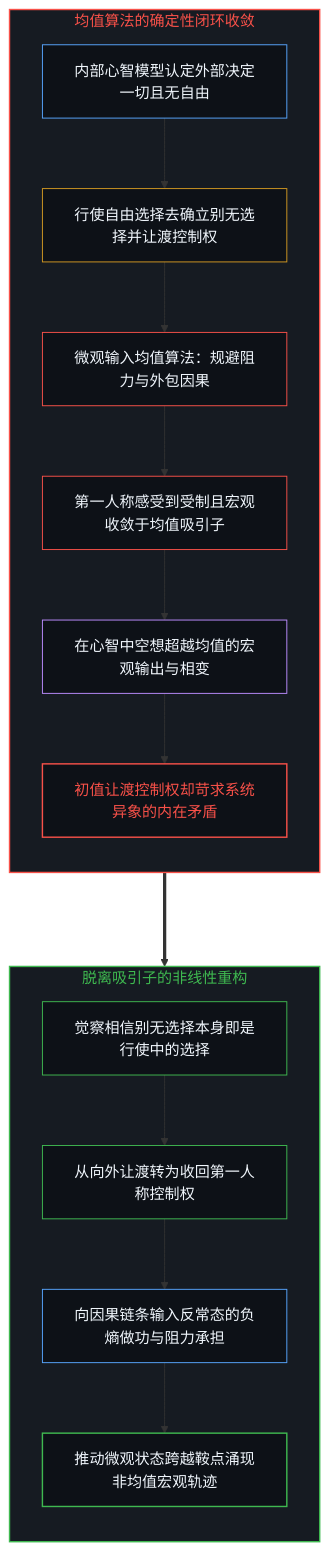
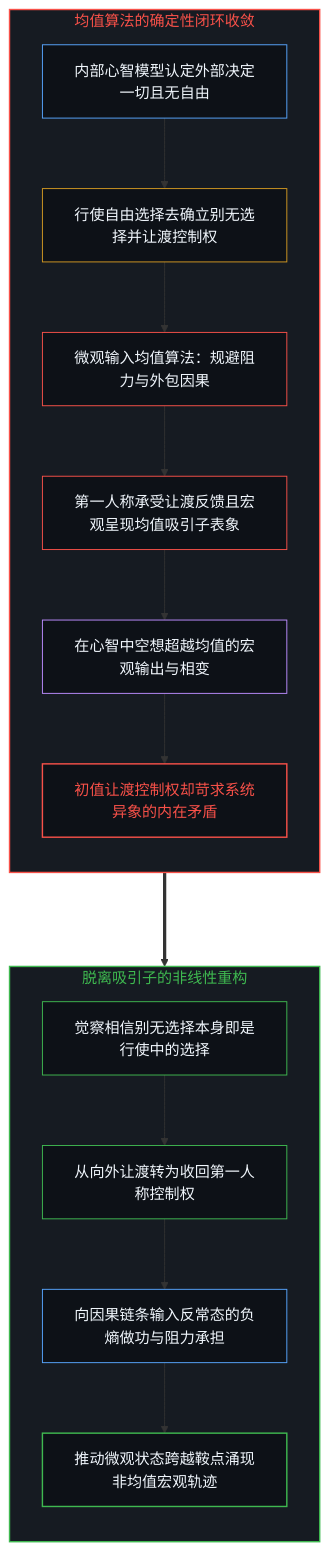
The third of 10 diagrams in content/posts/the-explanatory-trap-of-the-ordinary-perspective.md (powerpig99/not-a-toe), drawn with Mermaid before and after one commit. The commit also changed other lines of this file and 4 other files, not shown here.

````diff
--- a/content/posts/the-explanatory-trap-of-the-ordinary-perspective.md
+++ b/content/posts/the-explanatory-trap-of-the-ordinary-perspective.md
@@ -93,33 +93,33 @@
 ```mermaid
 graph TD
     subgraph S_MeanAttractor ["均值算法的确定性闭环收敛"]
         direction TB
         M_Model["内部心智模型认定外部决定一切且无自由"] --> M_Choice["行使自由选择去确立别无选择并让渡控制权"]
         M_Choice --> M_Input["微观输入均值算法：规避阻力与外包因果"]
-        M_Input --> M_Attractor["第一人称感受到受制且宏观收敛于均值吸引子"]
+        M_Input --> M_Attractor["第一人称承受让渡反馈且宏观呈现均值吸引子表象"]
         M_Attractor --> M_Desire["在心智中空想超越均值的宏观输出与相变"]
         M_Desire --> M_Conflict["初值让渡控制权却苛求系统异象的内在矛盾"]
     end
 
     subgraph S_DivergentEngine ["脱离吸引子的非线性重构"]
         direction TB
         D_Break["觉察相信别无选择本身即是行使中的选择"] --> D_Reclaim["从向外让渡转为收回第一人称控制权"]
         D_Reclaim --> D_Input["向因果链条输入反常态的负熵做功与阻力承担"]
         D_Input --> D_Emerge["推动微观状态跨越鞍点涌现非均值宏观轨迹"]
     end
 
     M_Conflict ===> D_Break
 
     style S_MeanAttractor fill:#161b22,stroke:#f85149,stroke-width:1.5px,color:#f85149
     style S_DivergentEngine fill:#161b22,stroke:#3fb950,stroke-width:1.5px,color:#3fb950
     style M_Model fill:#0d1117,stroke:#58a6ff,stroke-width:1px,color:#f0f6fc
     style M_Choice fill:#0d1117,stroke:#d29922,stroke-width:1px,color:#f0f6fc
     style M_Input fill:#0d1117,stroke:#f85149,stroke-width:1px,color:#f0f6fc
     style M_Attractor fill:#0d1117,stroke:#f85149,stroke-width:1px,color:#f0f6fc
     style M_Desire fill:#0d1117,stroke:#bc8cff,stroke-width:1px,color:#f0f6fc
     style M_Conflict fill:#0d1117,stroke:#f85149,stroke-width:1.5px,color:#f85149
     style D_Break fill:#0d1117,stroke:#3fb950,stroke-width:1px,color:#f0f6fc
     style D_Reclaim fill:#0d1117,stroke:#3fb950,stroke-width:1px,color:#f0f6fc
     style D_Input fill:#0d1117,stroke:#58a6ff,stroke-width:1px,color:#f0f6fc
     style D_Emerge fill:#0d1117,stroke:#3fb950,stroke-width:1.5px,color:#f0f6fc
 ```
````
